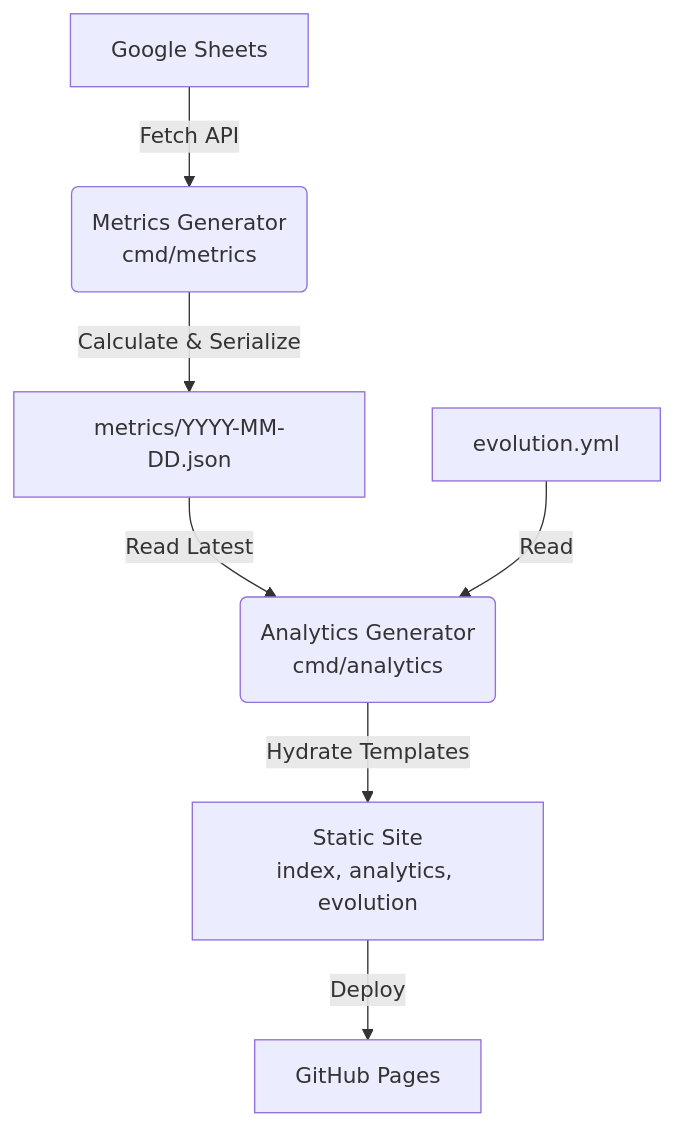
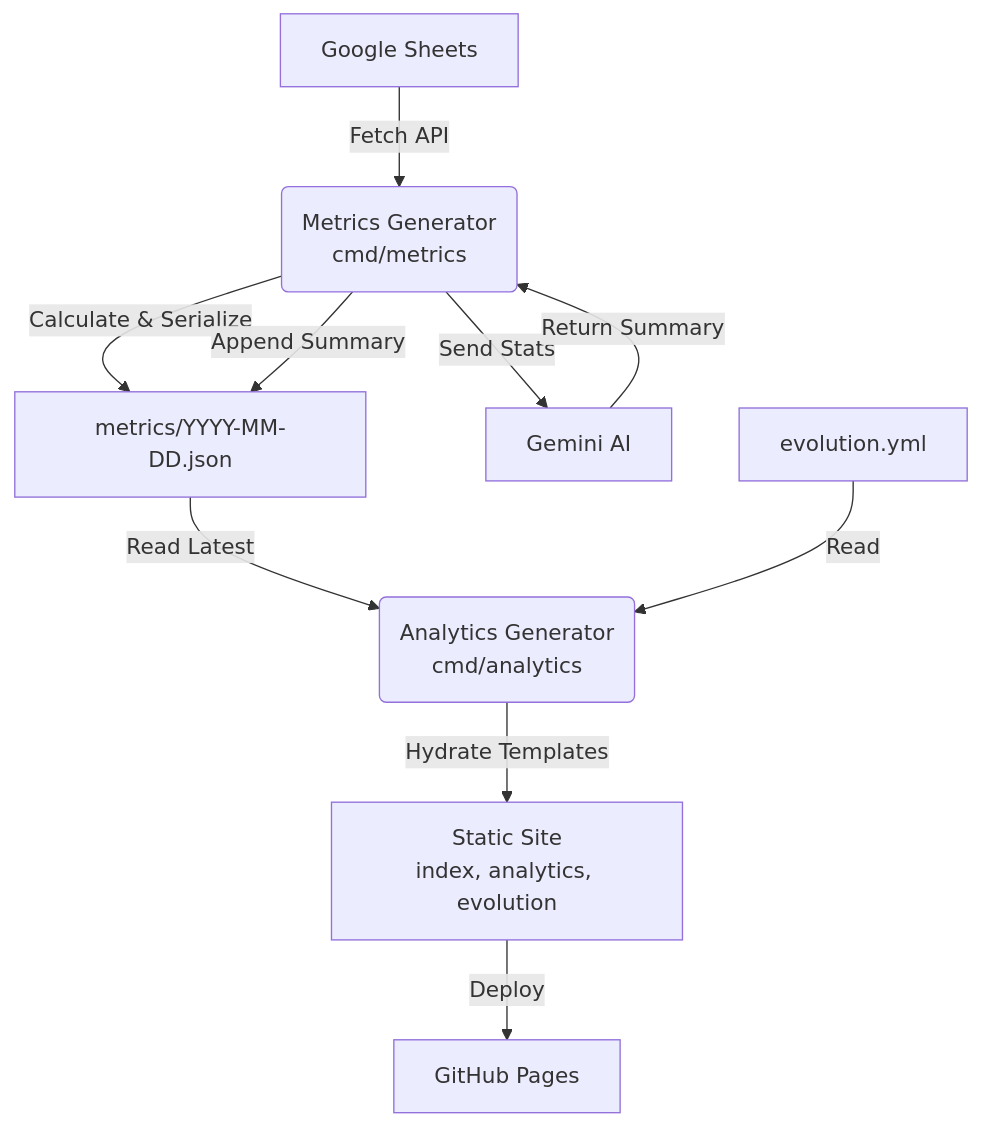
The first of 2 diagrams in docs/architecture/analytics.md (victoriacheng15/personal-reading-analytics-dashboard), drawn with Mermaid before and after one commit. The commit also changed other lines of this file and 2 other files, not shown here.

Commit message:
docs(arch): update architecture and readme for AI integration

````diff
--- a/docs/architecture/analytics.md
+++ b/docs/architecture/analytics.md
@@ -7,9 +7,12 @@
 ```mermaid
 graph TD
     A[Google Sheets] -->|Fetch API| B(Metrics Generator<br/>cmd/metrics)
     B -->|Calculate & Serialize| C[metrics/YYYY-MM-DD.json]
+    B -->|Send Stats| H[Gemini AI]
+    H -->|Return Summary| B
+    B -->|Append Summary| C
     C -->|Read Latest| D(Analytics Generator<br/>cmd/analytics)
     G[evolution.yml] -->|Read| D
     D -->|Hydrate Templates| E[Static Site<br/>index, analytics, evolution]
     E -->|Deploy| F[GitHub Pages]
 ```
````
